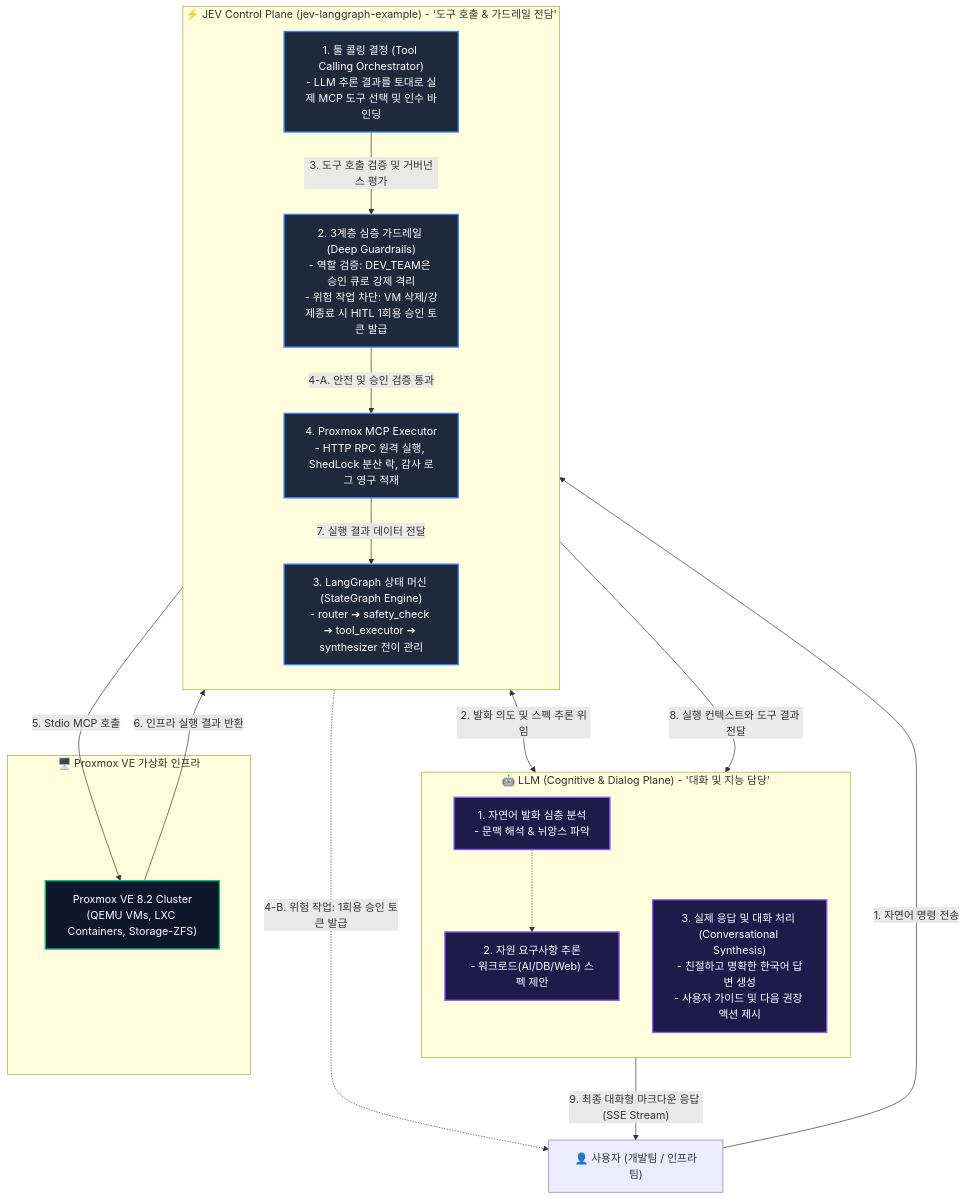
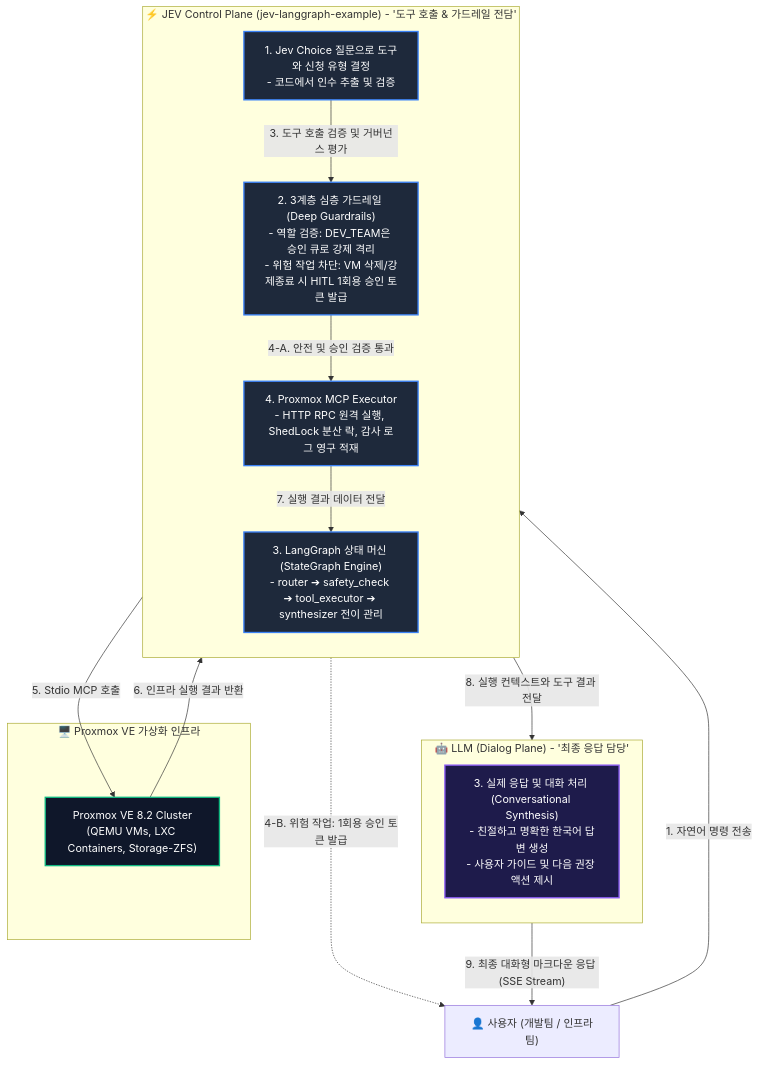
Before and after one commit to sjungwon03/jev-langgraph-example: the second of 4 diagrams in docs/ARCHITECTURE.md, drawn with Mermaid. The commit also changed other lines of this file and 8 other files, not shown here.

````diff
--- a/docs/ARCHITECTURE.md
+++ b/docs/ARCHITECTURE.md
@@ -64,46 +64,42 @@
 ```mermaid
 graph TD
     User["👤 사용자 (개발팀 / 인프라팀)"]
 
-    subgraph LLM_Plane ["🤖 LLM (Cognitive & Dialog Plane) - '대화 및 지능 담당'"]
+    subgraph LLM_Plane ["🤖 LLM (Dialog Plane) - '최종 응답 담당'"]
         direction TB
-        LLM_NLU["1. 자연어 발화 심층 분석<br/>- 문맥 해석 & 뉘앙스 파악"]
-        LLM_Reason["2. 자원 요구사항 추론<br/>- 워크로드(AI/DB/Web) 스펙 제안"]
         LLM_Dialog["3. 실제 응답 및 대화 처리 (Conversational Synthesis)<br/>- 친절하고 명확한 한국어 답변 생성<br/>- 사용자 가이드 및 다음 권장 액션 제시"]
     end
 
     subgraph JEV_Plane ["⚡ JEV Control Plane (jev-langgraph-example) - '도구 호출 & 가드레일 전담'"]
         direction TB
-        JEV_Router["1. 툴 콜링 결정 (Tool Calling Orchestrator)<br/>- LLM 추론 결과를 토대로 실제 MCP 도구 선택 및 인수 바인딩"]
+        JEV_Router["1. Jev Choice 질문으로 도구와 신청 유형 결정<br/>- 코드에서 인수 추출 및 검증"]
         JEV_Guardrail["2. 3계층 심층 가드레일 (Deep Guardrails)<br/>- 역할 검증: DEV_TEAM은 승인 큐로 강제 격리<br/>- 위험 작업 차단: VM 삭제/강제종료 시 HITL 1회용 승인 토큰 발급"]
         JEV_State["3. LangGraph 상태 머신 (StateGraph Engine)<br/>- router ➔ safety_check ➔ tool_executor ➔ synthesizer 전이 관리"]
         JEV_Executor["4. Proxmox MCP Executor<br/>- HTTP RPC 원격 실행, ShedLock 분산 락, 감사 로그 영구 적재"]
     end
 
     subgraph Proxmox_Plane ["🖥️ Proxmox VE 가상화 인프라"]
         PVE["Proxmox VE 8.2 Cluster<br/>(QEMU VMs, LXC Containers, Storage-ZFS)"]
     end
 
     %% Flow
     User -->|"1. 자연어 명령 전송"| JEV_Router
-    JEV_Router <-->|"2. 발화 의도 및 스펙 추론 위임"| LLM_NLU
-    LLM_NLU -.-> LLM_Reason
     
     JEV_Router -->|"3. 도구 호출 검증 및 거버넌스 평가"| JEV_Guardrail
     JEV_Guardrail -->|"4-A. 안전 및 승인 검증 통과"| JEV_Executor
     JEV_Guardrail -.->|"4-B. 위험 작업: 1회용 승인 토큰 발급"| User
     
     JEV_Executor -->|"5. Stdio MCP 호출"| PVE
     PVE -->|"6. 인프라 실행 결과 반환"| JEV_Executor
     
     JEV_Executor -->|"7. 실행 결과 데이터 전달"| JEV_State
     JEV_State -->|"8. 실행 컨텍스트와 도구 결과 전달"| LLM_Dialog
     LLM_Dialog -->|"9. 최종 대화형 마크다운 응답 (SSE Stream)"| User
 
     classDef jev fill:#1e293b,stroke:#3b82f6,stroke-width:2px,color:#fff;
     classDef llm fill:#1e1b4b,stroke:#8b5cf6,stroke-width:2px,color:#fff;
     classDef infra fill:#0f172a,stroke:#10b981,stroke-width:2px,color:#fff;
     class JEV_Router,JEV_Guardrail,JEV_State,JEV_Executor jev;
     class LLM_NLU,LLM_Reason,LLM_Dialog llm;
     class PVE infra;
 ```
````
